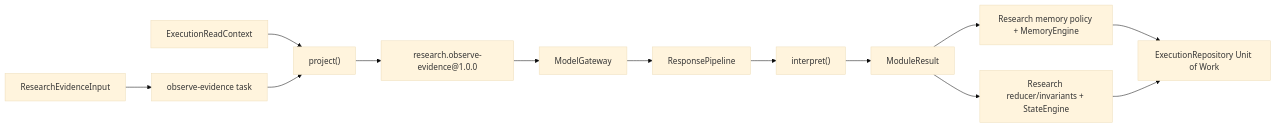
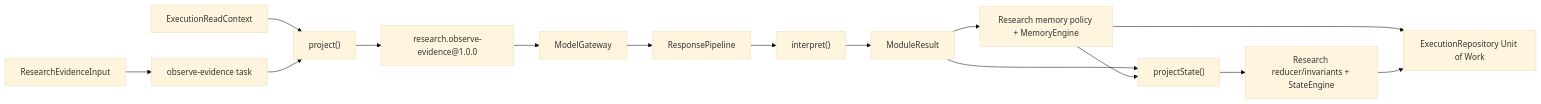
The diagram in docs/design/research-module-build-and-test-plan.md (zackemannen81/acme-engine), drawn with Mermaid (base theme) before and after one commit. The commit also changed other lines of this file and 17 other files, not shown here.

````diff
--- a/docs/design/research-module-build-and-test-plan.md
+++ b/docs/design/research-module-build-and-test-plan.md
@@ -63,15 +63,17 @@
 ```mermaid
 flowchart LR
   request["ResearchEvidenceInput"] --> task["observe-evidence task"]
   context["ExecutionReadContext<ResearchState>"] --> project["project()"]
   task --> project
   project --> contract["research.observe-evidence@1.0.0"]
   contract --> gateway["ModelGateway"]
   gateway --> pipeline["ResponsePipeline"]
   pipeline --> interpret["interpret()"]
   interpret --> result["ModuleResult<ResearchDelta>"]
   result --> memory["Research memory policy + MemoryEngine"]
-  result --> state["Research reducer/invariants + StateEngine"]
+  result --> projection["projectState()"]
+  memory --> projection
+  projection --> state["Research reducer/invariants + StateEngine"]
   memory --> commit["ExecutionRepository Unit of Work"]
   state --> commit
 ```
````
